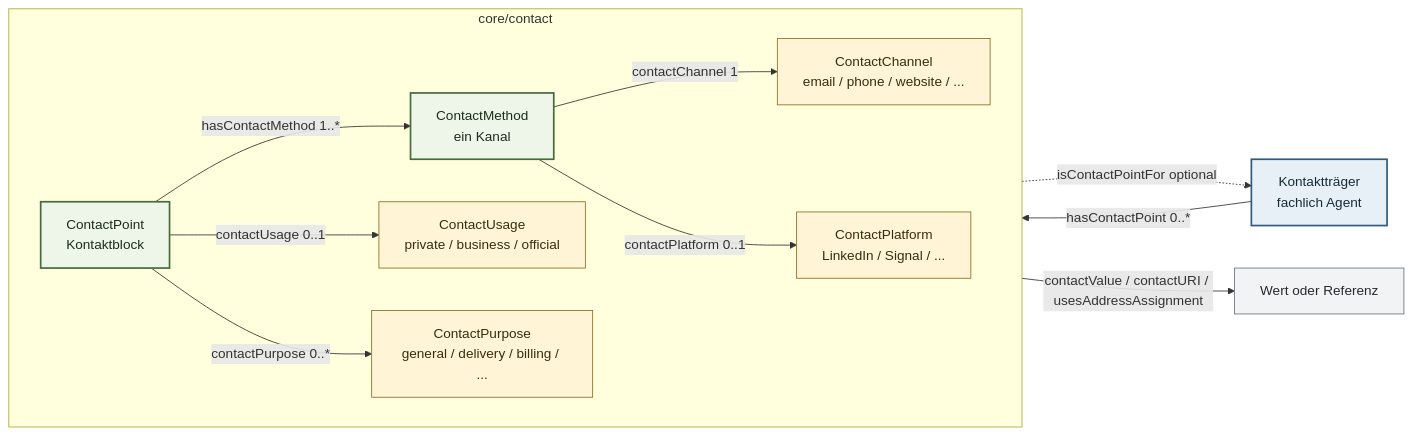
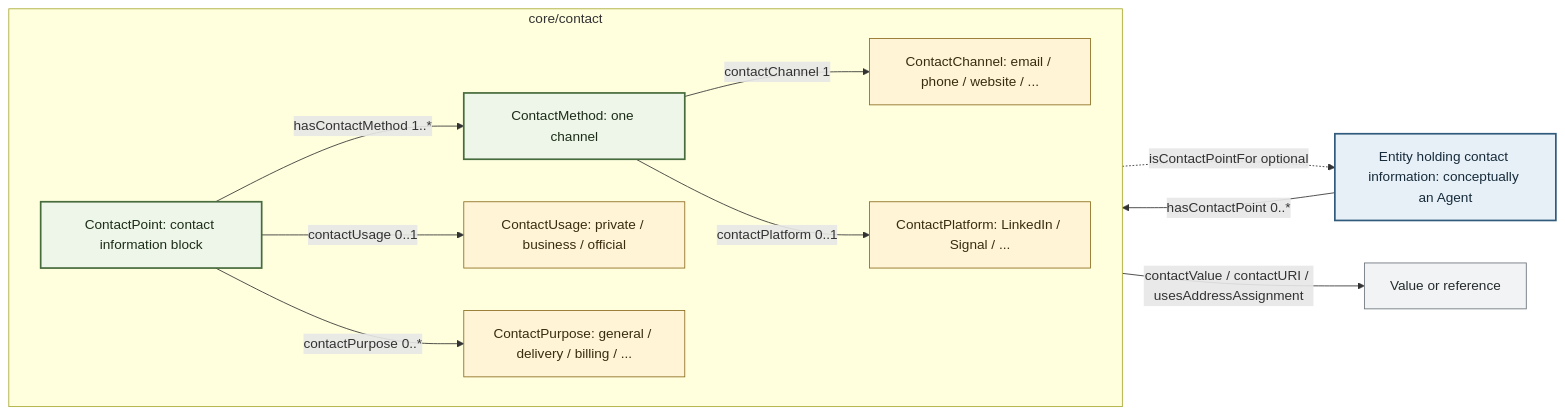
Before and after one commit to project-construct-x/constructx-ontologies: the first of 5 diagrams in modules/core/contact/docs/diagrams/contact-concept-model.md, drawn with Mermaid. The commit also changed other lines of this file and 230 other files, not shown here.

````diff
--- a/modules/core/contact/docs/diagrams/contact-concept-model.md
+++ b/modules/core/contact/docs/diagrams/contact-concept-model.md
@@ -10,33 +10,33 @@
 ```mermaid
 flowchart LR
-    Carrier["Kontaktträger<br/>fachlich Agent"]
+    Carrier["Entity holding contact information: conceptually an Agent"]
 
     subgraph CONTACT["core/contact"]
         direction LR
-        Point["ContactPoint<br/>Kontaktblock"]
-        Method["ContactMethod<br/>ein Kanal"]
-        Usage["ContactUsage<br/>private / business / official"]
-        Purpose["ContactPurpose<br/>general / delivery / billing / ..."]
-        Channel["ContactChannel<br/>email / phone / website / ..."]
-        Platform["ContactPlatform<br/>LinkedIn / Signal / ..."]
+        Point["ContactPoint: contact information block"]
+        Method["ContactMethod: one channel"]
+        Usage["ContactUsage: private / business / official"]
+        Purpose["ContactPurpose: general / delivery / billing / ..."]
+        Channel["ContactChannel: email / phone / website / ..."]
+        Platform["ContactPlatform: LinkedIn / Signal / ..."]
     end
 
     Carrier -->|"hasContactPoint 0..*"| Point
     Point -.->|"isContactPointFor optional"| Carrier
     Point -->|"hasContactMethod 1..*"| Method
     Point -->|"contactUsage 0..1"| Usage
     Point -->|"contactPurpose 0..*"| Purpose
     Method -->|"contactChannel 1"| Channel
     Method -->|"contactPlatform 0..1"| Platform
-    Method -->|"contactValue / contactURI / usesAddressAssignment"| Value["Wert oder Referenz"]
+    Method -->|"contactValue / contactURI / usesAddressAssignment"| Value["Value or reference"]
 
     classDef carrier fill:#e7f0f7,stroke:#315b7d,color:#172b3a,stroke-width:2px;
     classDef core fill:#edf6e9,stroke:#466b3c,color:#1d2d19,stroke-width:2px;
     classDef vocab fill:#fff4d6,stroke:#8c6d1f,color:#392d0e;
     classDef value fill:#f1f3f4,stroke:#6b747a,color:#252a2d;
 
     class Carrier carrier;
     class Point,Method core;
     class Usage,Purpose,Channel,Platform vocab;
     class Value value;
 ```
````
